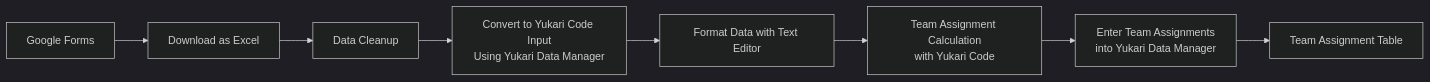
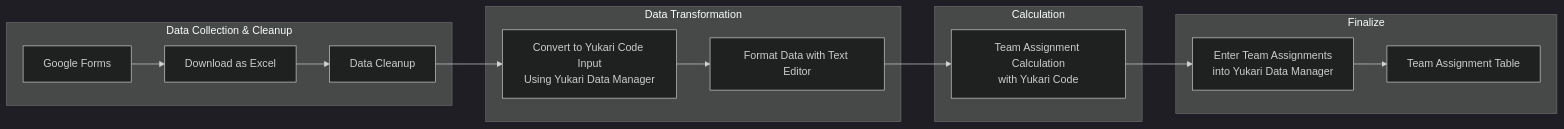
The diagram in Quick_Start_Guide.md (tohru-murakami/Yukari_Code_2), drawn with Mermaid (dark theme) before and after one commit.

````diff
--- a/Quick_Start_Guide.md
+++ b/Quick_Start_Guide.md
@@ -136,13 +136,21 @@
 ```mermaid
 flowchart LR
-    A["Google Forms"]
-    B["Download as Excel"]
-    C["Data Cleanup"]
-    D["Convert to Yukari Code Input<br>Using Yukari Data Manager"]
-    E["Format Data with Text Editor"]
-    F["Team Assignment Calculation<br>with Yukari Code"]
-    G["Enter Team Assignments<br>into Yukari Data Manager"]
-    H["Team Assignment Table"]
+    subgraph Phase1 [Data Collection & Cleanup]
+      A["Google Forms"] --> B["Download as Excel"]
+      B --> C["Data Cleanup"]
+    end
 
-    A --> B --> C --> D --> E --> F --> G --> H
+    subgraph Phase2 [Data Transformation]
+      C --> D["Convert to Yukari Code Input<br>Using Yukari Data Manager"]
+      D --> E["Format Data with Text Editor"]
+    end
+
+    subgraph Phase3 [Calculation]
+      E --> F["Team Assignment Calculation<br>with Yukari Code"]
+    end
+
+    subgraph Phase4 [Finalize]
+      F --> G["Enter Team Assignments<br>into Yukari Data Manager"]
+      G --> H["Team Assignment Table"]
+    end
 ```
````
